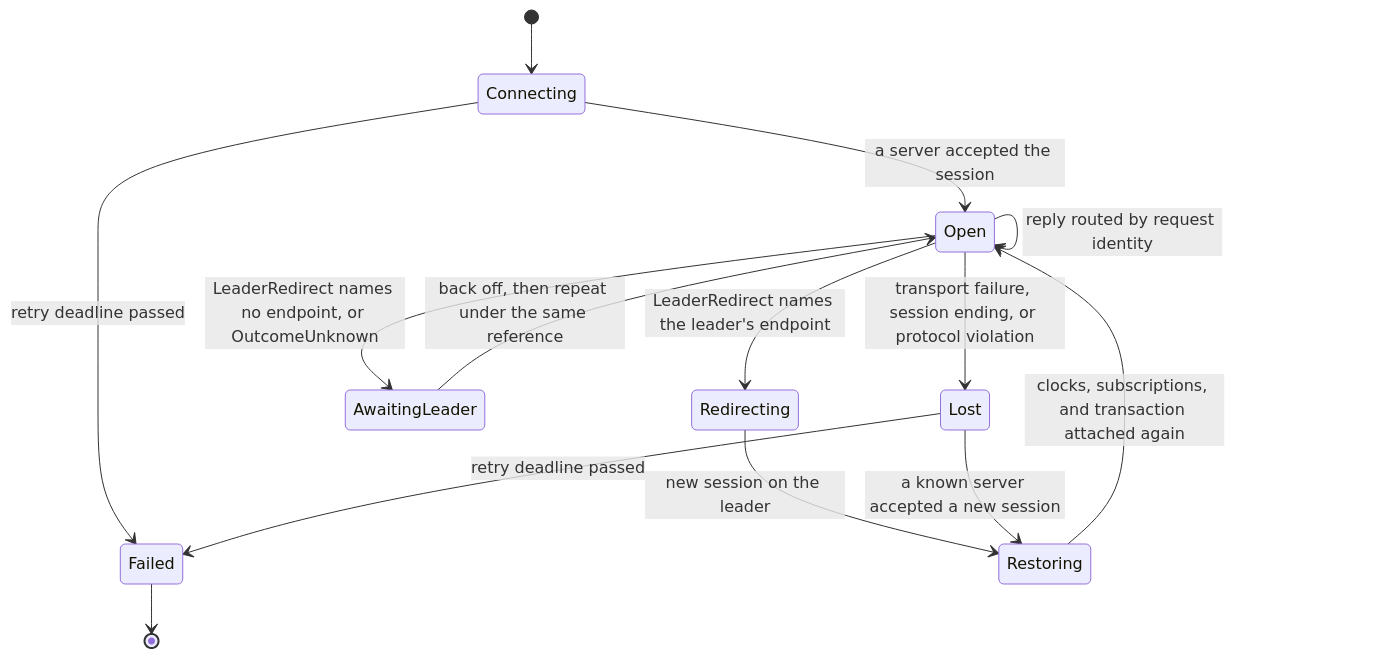
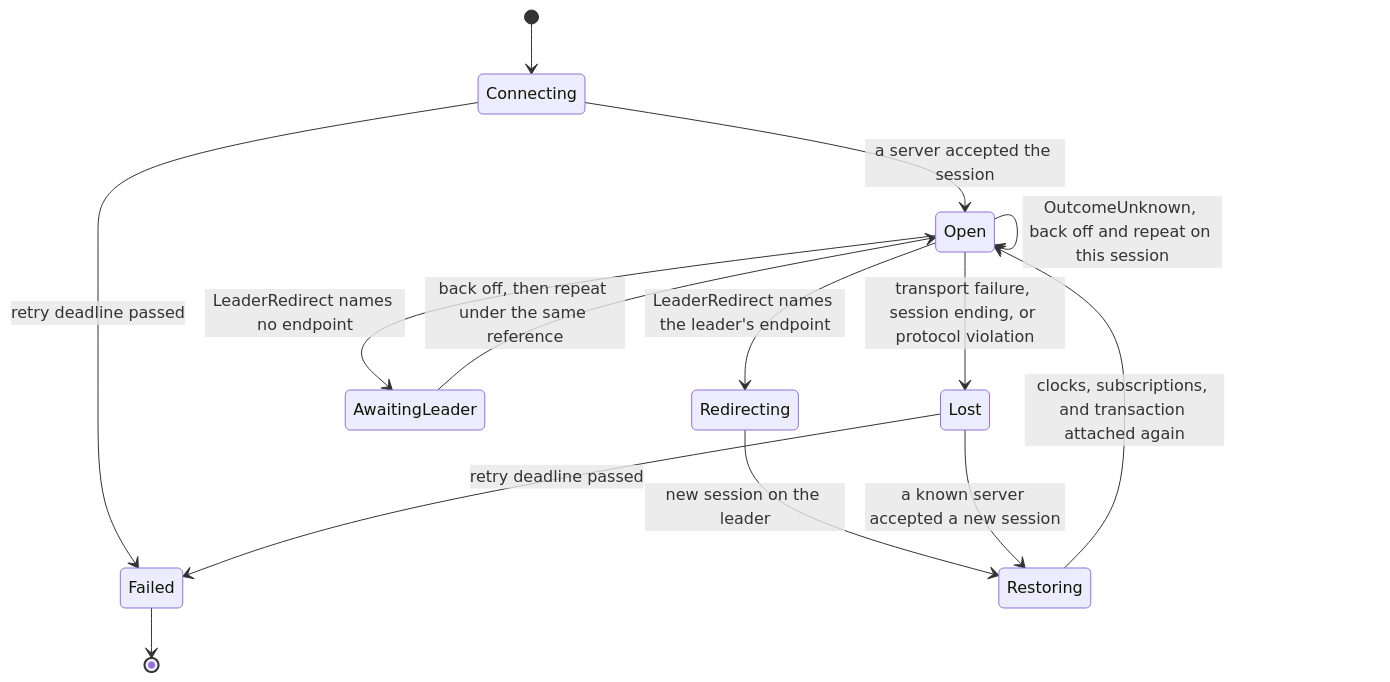
One commit to nervix-io/nervix changed the fourth of 7 diagrams in docs/src/client-session-protocol.md. Above: the diagram before and after it, drawn with Mermaid. The commit also changed other lines of this file and 19 other files, not shown here.

First line of the commit message:
fix(web-console): retry uncertain commands on the open session

````diff
--- a/docs/src/client-session-protocol.md
+++ b/docs/src/client-session-protocol.md
@@ -1061,16 +1070,17 @@
 ```mermaid
 stateDiagram-v2
     [*] --> Connecting
     Connecting --> Open: a server accepted the session
     Connecting --> Failed: retry deadline passed
     Open --> Open: reply routed by request identity
     Open --> Redirecting: LeaderRedirect names the leader's endpoint
-    Open --> AwaitingLeader: LeaderRedirect names no endpoint, or OutcomeUnknown
+    Open --> AwaitingLeader: LeaderRedirect names no endpoint
+    Open --> Open: OutcomeUnknown, back off and repeat on this session
     AwaitingLeader --> Open: back off, then repeat under the same reference
     Redirecting --> Restoring: new session on the leader
     Open --> Lost: transport failure, session ending, or protocol violation
     Lost --> Restoring: a known server accepted a new session
     Lost --> Failed: retry deadline passed
     Restoring --> Open: clocks, subscriptions, and transaction attached again
     Failed --> [*]
 ```
````
